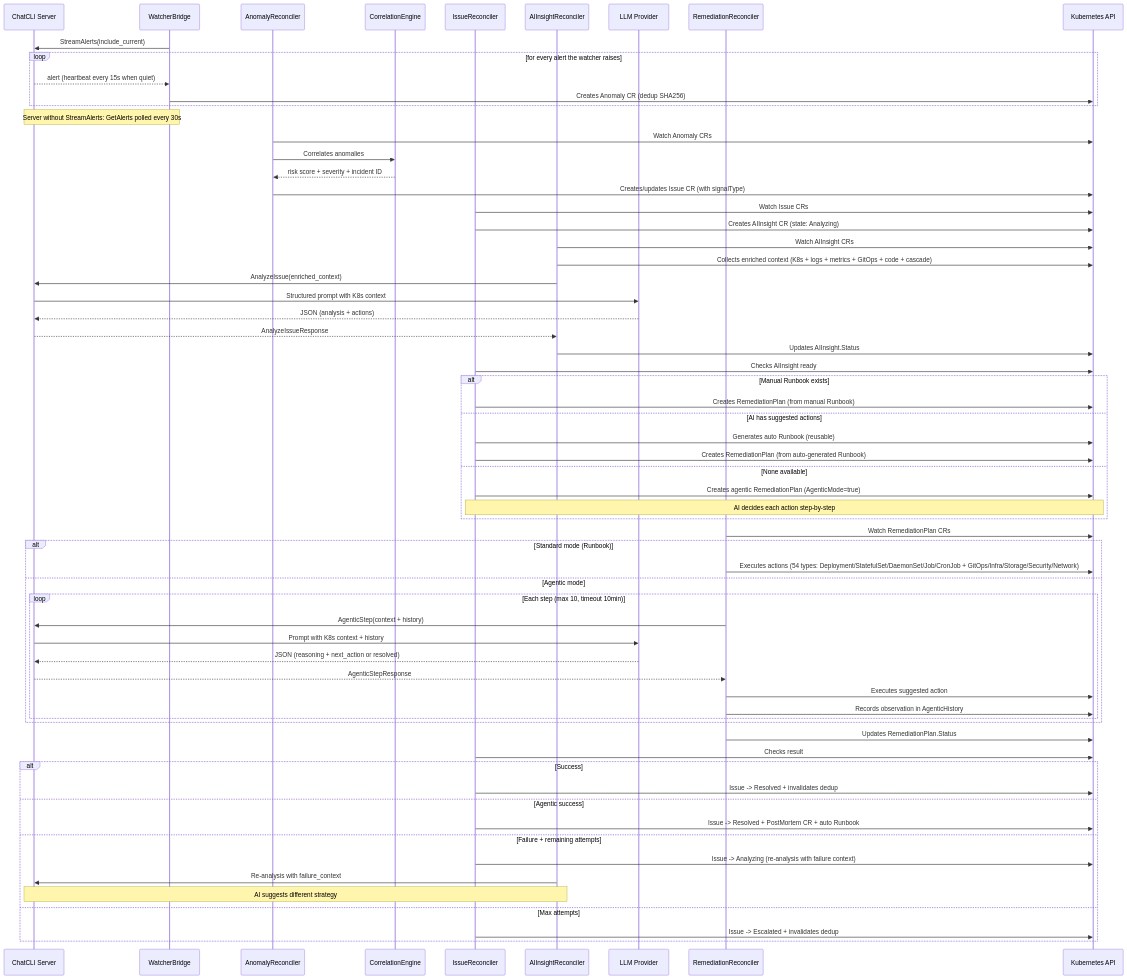
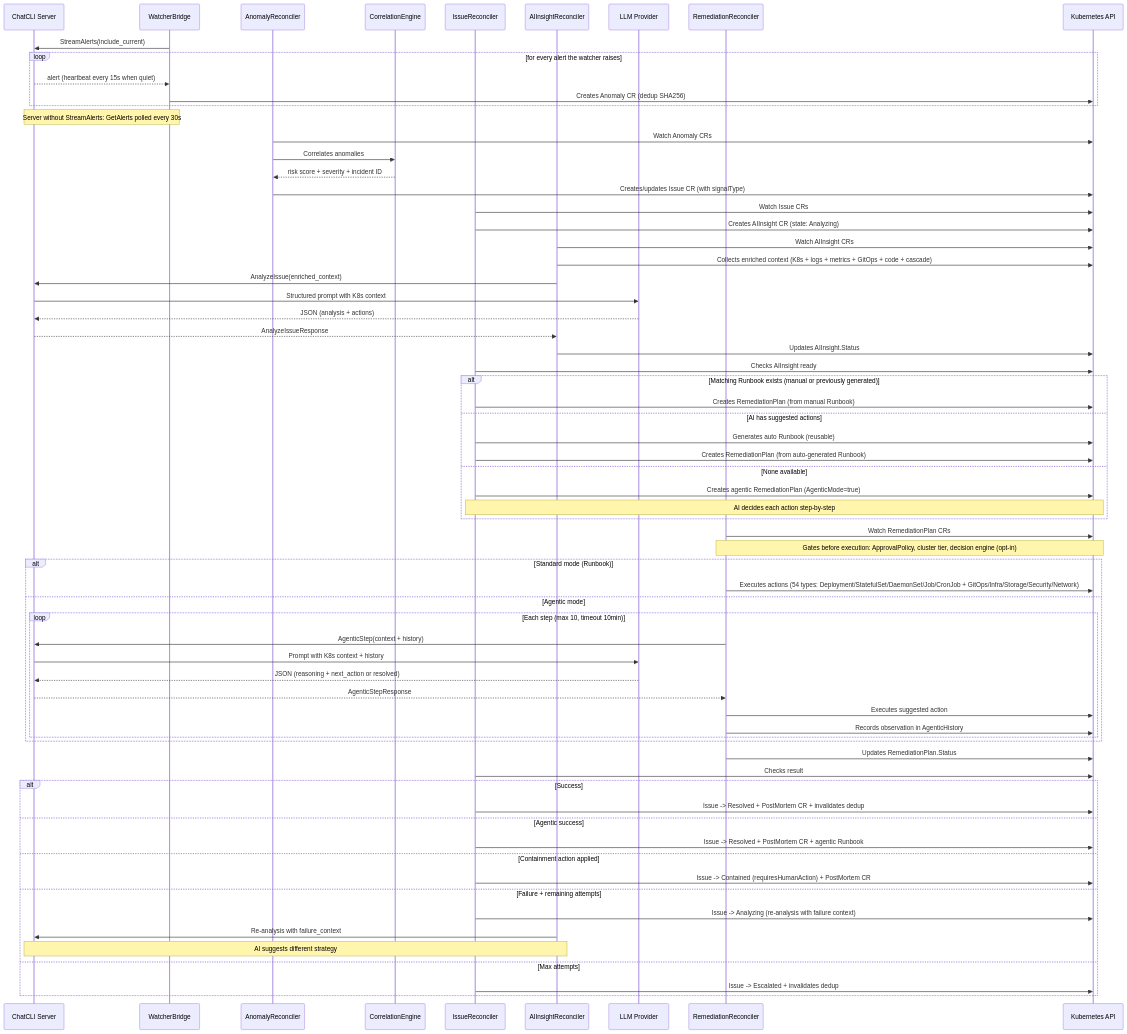
The first of 3 diagrams in features/aiops-platform.mdx (diillson/chatcli.ai), drawn with Mermaid before and after one commit. The commit also changed other lines of this file and 126 other files, not shown here.

````diff
--- a/features/aiops-platform.mdx
+++ b/features/aiops-platform.mdx
@@ -47,75 +62,78 @@
 ```mermaid
 sequenceDiagram
     participant Server as ChatCLI Server
     participant WB as WatcherBridge
     participant AR as AnomalyReconciler
     participant CE as CorrelationEngine
     participant IR as IssueReconciler
     participant AIR as AIInsightReconciler
     participant LLM as LLM Provider
     participant RR as RemediationReconciler
     participant K8s as Kubernetes API
 
     WB->>Server: StreamAlerts(include_current)
     loop for every alert the watcher raises
         Server-->>WB: alert (heartbeat every 15s when quiet)
         WB->>K8s: Creates Anomaly CR (dedup SHA256)
     end
     Note over WB,Server: Server without StreamAlerts: GetAlerts polled every 30s
 
     AR->>K8s: Watch Anomaly CRs
     AR->>CE: Correlates anomalies
     CE-->>AR: risk score + severity + incident ID
     AR->>K8s: Creates/updates Issue CR (with signalType)
 
     IR->>K8s: Watch Issue CRs
     IR->>K8s: Creates AIInsight CR (state: Analyzing)
 
     AIR->>K8s: Watch AIInsight CRs
     AIR->>K8s: Collects enriched context (K8s + logs + metrics + GitOps + code + cascade)
     AIR->>Server: AnalyzeIssue(enriched_context)
     Server->>LLM: Structured prompt with K8s context
     LLM-->>Server: JSON (analysis + actions)
     Server-->>AIR: AnalyzeIssueResponse
     AIR->>K8s: Updates AIInsight.Status
 
     IR->>K8s: Checks AIInsight ready
-    alt Manual Runbook exists
+    alt Matching Runbook exists (manual or previously generated)
         IR->>K8s: Creates RemediationPlan (from manual Runbook)
     else AI has suggested actions
         IR->>K8s: Generates auto Runbook (reusable)
         IR->>K8s: Creates RemediationPlan (from auto-generated Runbook)
     else None available
         IR->>K8s: Creates agentic RemediationPlan (AgenticMode=true)
         Note over IR,K8s: AI decides each action step-by-step
     end
 
     RR->>K8s: Watch RemediationPlan CRs
+    Note over RR,K8s: Gates before execution: ApprovalPolicy, cluster tier, decision engine (opt-in)
 
     alt Standard mode (Runbook)
         RR->>K8s: Executes actions (54 types: Deployment/StatefulSet/DaemonSet/Job/CronJob + GitOps/Infra/Storage/Security/Network)
     else Agentic mode
         loop Each step (max 10, timeout 10min)
             RR->>Server: AgenticStep(context + history)
             Server->>LLM: Prompt with K8s context + history
             LLM-->>Server: JSON (reasoning + next_action or resolved)
             Server-->>RR: AgenticStepResponse
             RR->>K8s: Executes suggested action
             RR->>K8s: Records observation in AgenticHistory
         end
     end
     RR->>K8s: Updates RemediationPlan.Status
 
     IR->>K8s: Checks result
     alt Success
-        IR->>K8s: Issue -> Resolved + invalidates dedup
+        IR->>K8s: Issue -> Resolved + PostMortem CR + invalidates dedup
     else Agentic success
-        IR->>K8s: Issue -> Resolved + PostMortem CR + auto Runbook
+        IR->>K8s: Issue -> Resolved + PostMortem CR + agentic Runbook
+    else Containment action applied
+        IR->>K8s: Issue -> Contained (requiresHumanAction) + PostMortem CR
     else Failure + remaining attempts
         IR->>K8s: Issue -> Analyzing (re-analysis with failure context)
         AIR->>Server: Re-analysis with failure_context
         Note over AIR,Server: AI suggests different strategy
     else Max attempts
         IR->>K8s: Issue -> Escalated + invalidates dedup
     end
 ```
````
